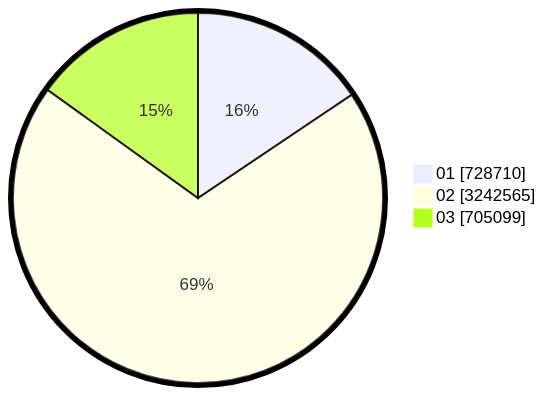
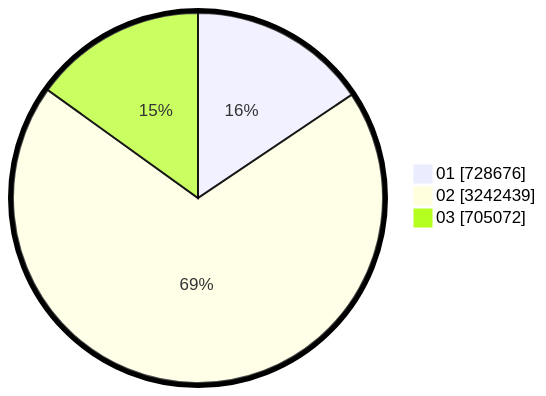
One commit to gigit-pemilu/pemilu-2024 changed the second of 2 diagrams in pilpres/hitung-suara/sub/table-wilayah-18.md. Above: the diagram before and after it, drawn with Mermaid. The commit also changed other lines of this file and 9 other files, not shown here.

````diff
--- a/pilpres/hitung-suara/sub/table-wilayah-18.md
+++ b/pilpres/hitung-suara/sub/table-wilayah-18.md
@@ -15,7 +15,7 @@
 ```mermaid
 %%{init: {"pie": {"textPosition": 0.5}, "themeVariables": {"pieOuterStrokeWidth": "5px"}} }%%
 pie showData
-    "01" : 728710
-    "02" : 3242565
-    "03" : 705099
+    "01" : 728676
+    "02" : 3242439
+    "03" : 705072
 ```
````
